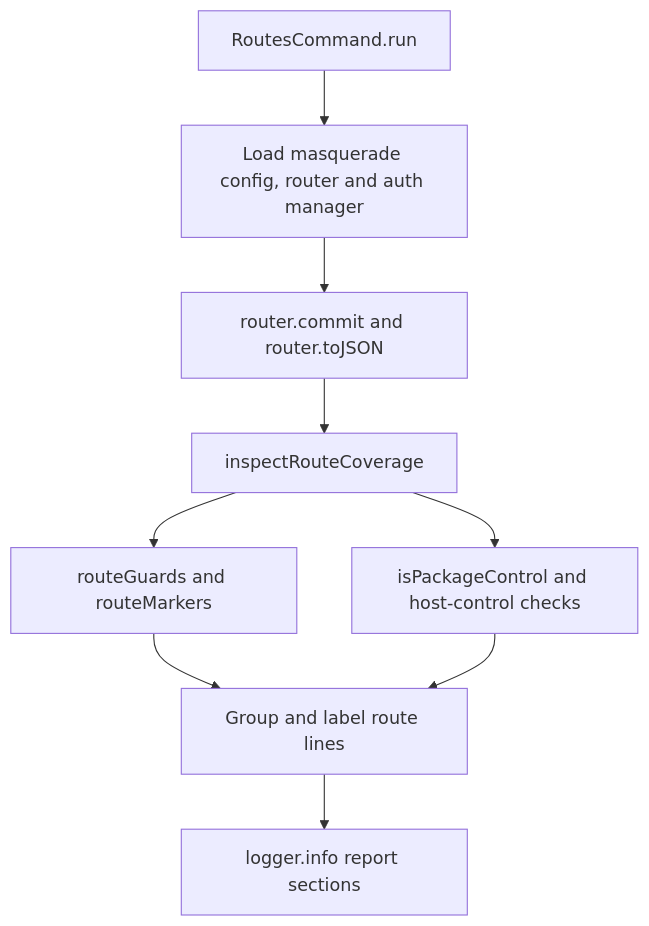
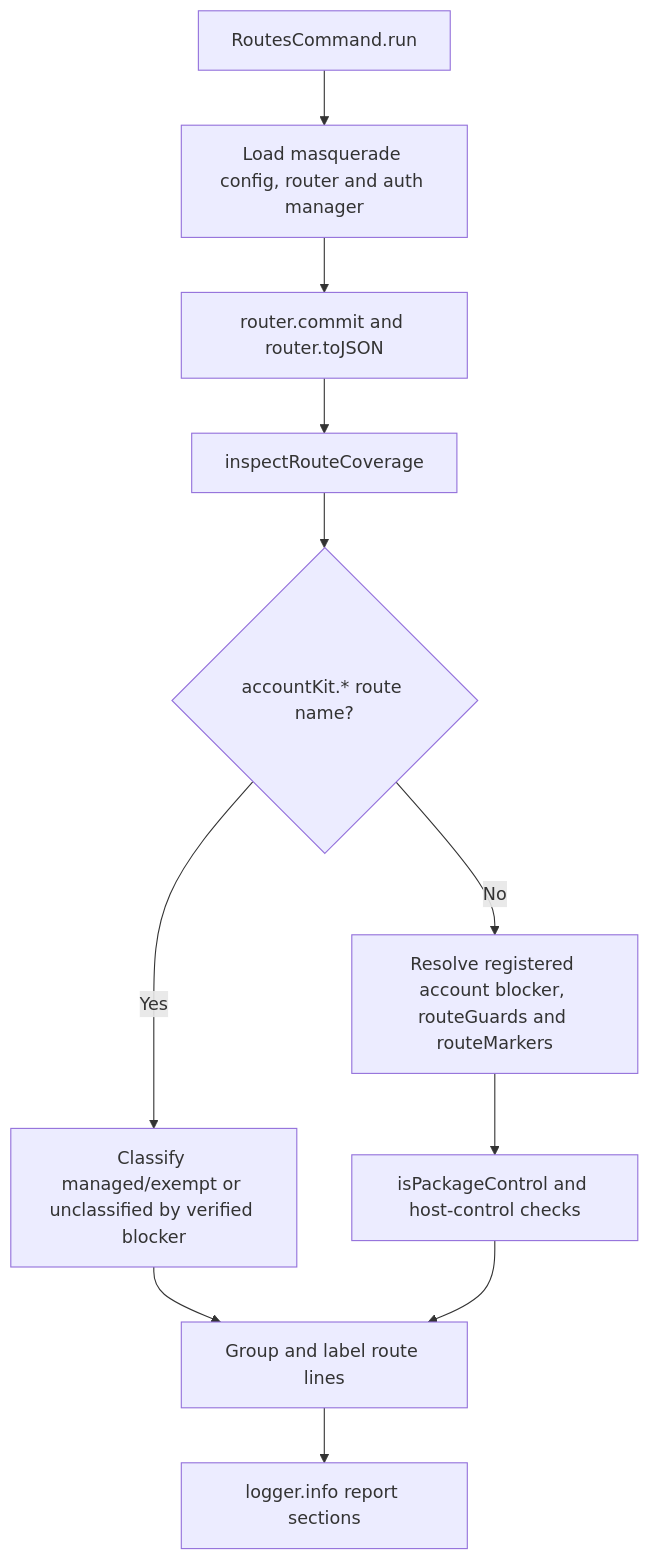
One commit to Kevinjohn/oss-adonisjs-masquerade changed the second of 2 diagrams in user-stories/review-routes/us-ops-02-review-routes.md. Above: the diagram before and after it, drawn with Mermaid. The commit also changed other lines of this file and 26 other files, not shown here.

````diff
--- a/user-stories/review-routes/us-ops-02-review-routes.md
+++ b/user-stories/review-routes/us-ops-02-review-routes.md
@@ -33,11 +33,13 @@
 ```mermaid
 flowchart TD
     A["RoutesCommand.run"] --> B["Load masquerade config, router and auth manager"]
     B --> C["router.commit and router.toJSON"]
     C --> D["inspectRouteCoverage"]
-    D --> E["routeGuards and routeMarkers"]
-    D --> F["isPackageControl and host-control checks"]
-    E --> G["Group and label route lines"]
+    D --> Q{"accountKit.* route name?"}
+    Q -->|Yes| X["Classify managed/exempt or unclassified by verified blocker"]
+    Q -->|No| E["Resolve registered account blocker, routeGuards and routeMarkers"]
+    E --> F["isPackageControl and host-control checks"]
+    X --> G["Group and label route lines"]
     F --> G
     G --> H["logger.info report sections"]
 ```
````
